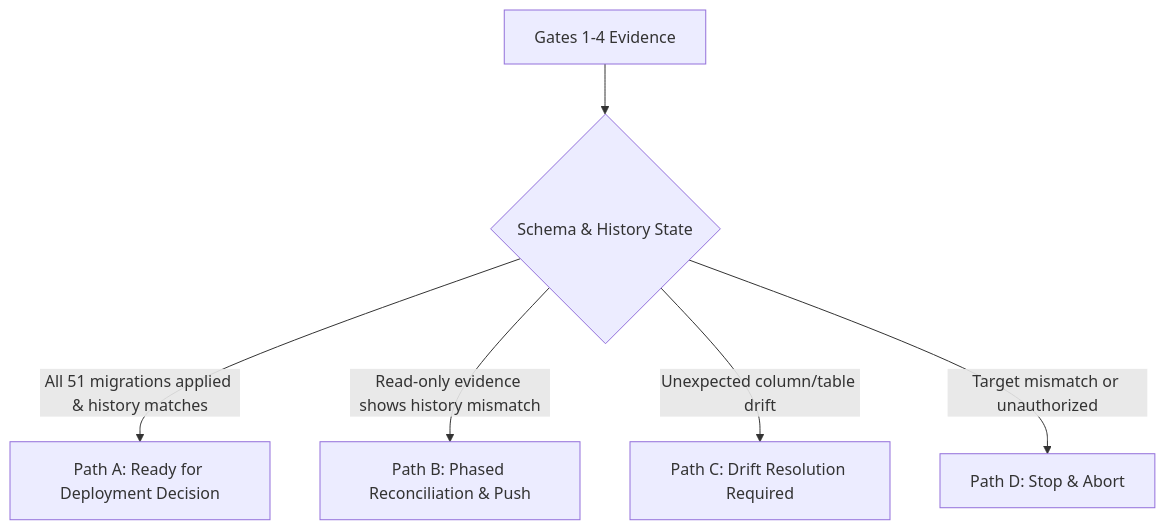
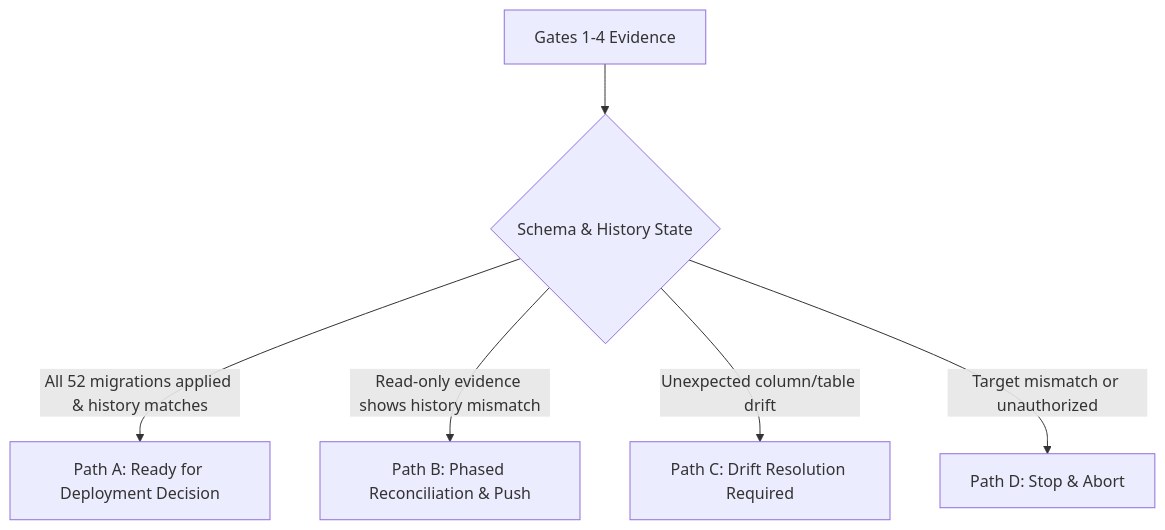
Before and after one commit to acmis1/capstone-impact-platform: the diagram in infra/supabase/staging-reconciliation-runbook.md, drawn with Mermaid. The commit also changed other lines of this file and 42 other files, not shown here.

````diff
--- a/infra/supabase/staging-reconciliation-runbook.md
+++ b/infra/supabase/staging-reconciliation-runbook.md
@@ -235,8 +236,8 @@
 ```mermaid
 flowchart TD
     G[Gates 1-4 Evidence] --> C{Schema & History State}
-    C -->|All 51 migrations applied & history matches| PA[Path A: Ready for Deployment Decision]
+    C -->|All 52 migrations applied & history matches| PA[Path A: Ready for Deployment Decision]
     C -->|Read-only evidence shows history mismatch| PB[Path B: Phased Reconciliation & Push]
     C -->|Unexpected column/table drift| PC[Path C: Drift Resolution Required]
     C -->|Target mismatch or unauthorized| PD[Path D: Stop & Abort]
 ```
````
